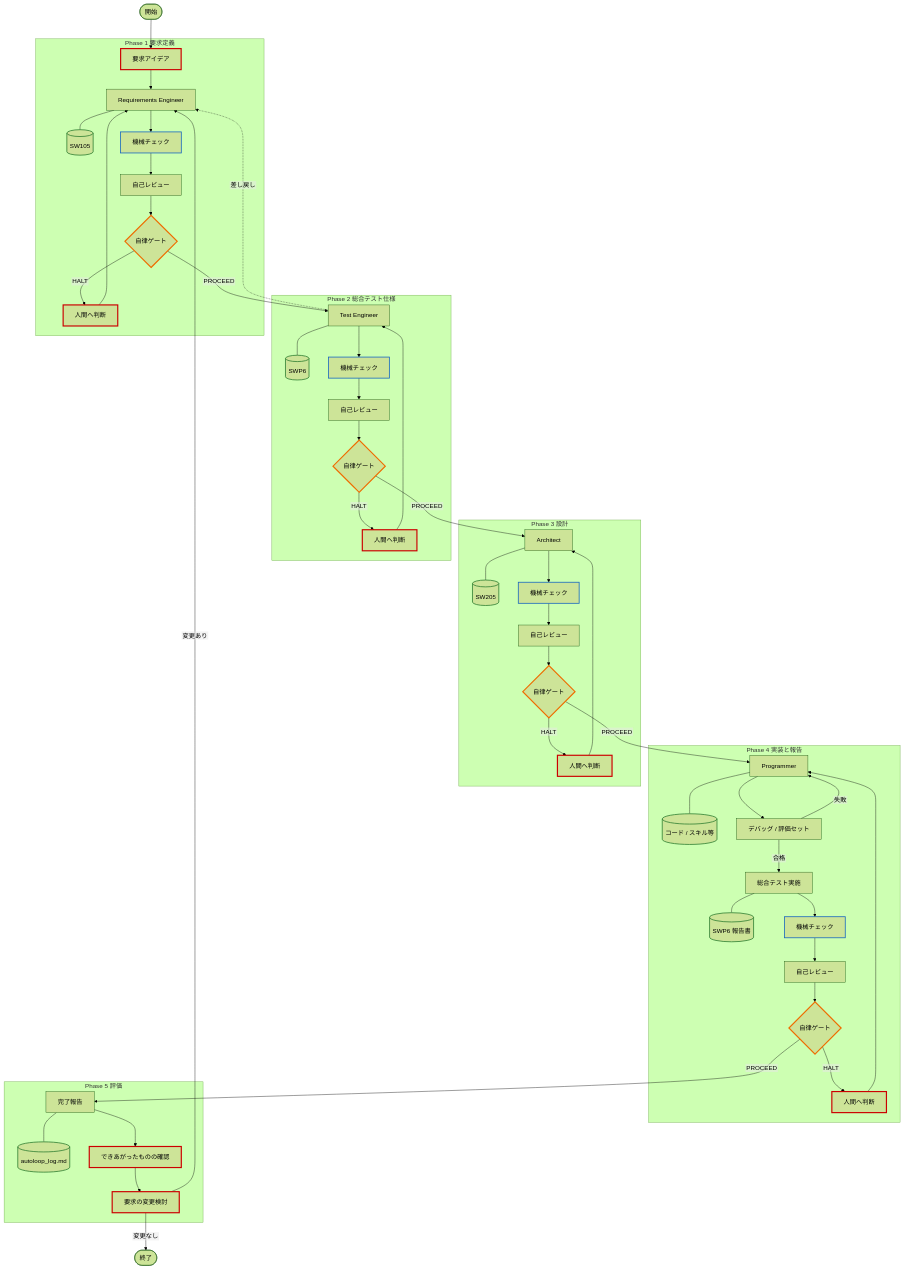
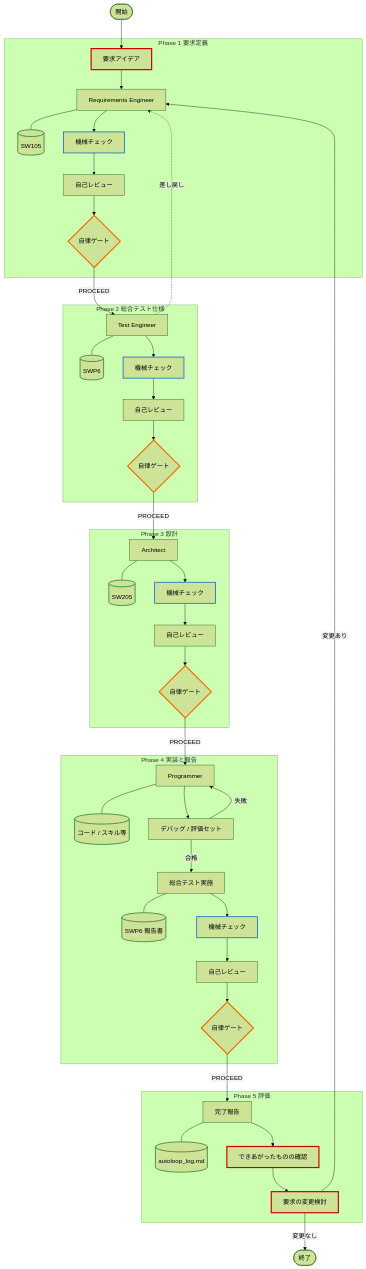
One commit to yamaPiT/DADAProcess changed the second of 6 diagrams in README.md. Above: the diagram before and after it, drawn with Mermaid (forest theme). The commit also changed other lines of this file, not shown here.

Commit message:
docs: update project documentation in README.md

````diff
--- a/README.md
+++ b/README.md
@@ -560,69 +560,61 @@
 ```mermaid
 %%{init: {"flowchart": {"htmlLabels": false, "wrappingWidth": 999}}}%%
 graph TD
     Start(["開始"]) --> UserReq["要求アイデア"]
 
     subgraph P1 ["Phase 1 要求定義"]
         UserReq --> Req["Requirements Engineer"]
         Req --- ReqDoc[("SW105")]
         Req --> ReqChk["機械チェック"]
         ReqChk --> ReqRev["自己レビュー"]
         ReqRev --> Gate1{"自律ゲート"}
-        Gate1 -->|HALT| Halt1["人間へ判断"]
-        Halt1 --> Req
     end
 
     subgraph P2 ["Phase 2 総合テスト仕様"]
         Gate1 -->|PROCEED| TestPlan["Test Engineer"]
         TestPlan --- TestDoc[("SWP6")]
         TestPlan --> TestChk["機械チェック"]
         TestChk --> TestRev["自己レビュー"]
         TestRev --> Gate2{"自律ゲート"}
-        Gate2 -->|HALT| Halt2["人間へ判断"]
-        Halt2 --> TestPlan
     end
     TestPlan -.->|差し戻し| Req
 
     subgraph P3 ["Phase 3 設計"]
         Gate2 -->|PROCEED| Arch["Architect"]
         Arch --- ArchDoc[("SW205")]
         Arch --> ArchChk["機械チェック"]
         ArchChk --> ArchRev["自己レビュー"]
         ArchRev --> Gate3{"自律ゲート"}
-        Gate3 -->|HALT| Halt3["人間へ判断"]
-        Halt3 --> Arch
     end
 
     subgraph P4 ["Phase 4 実装と報告"]
         Gate3 -->|PROCEED| Impl["Programmer"]
         Impl --- ProgDoc[("コード / スキル等")]
         Impl --> ImplLoop["デバッグ / 評価セット"]
         ImplLoop -->|失敗| Impl
         ImplLoop -->|合格| SysTest["総合テスト実施"]
         SysTest --- ReportDoc[("SWP6 報告書")]
         SysTest --> CodeChk["機械チェック"]
         CodeChk --> CodeRev["自己レビュー"]
         CodeRev --> Gate4{"自律ゲート"}
-        Gate4 -->|HALT| Halt4["人間へ判断"]
-        Halt4 --> Impl
     end
 
     subgraph P5 ["Phase 5 評価"]
         Gate4 -->|PROCEED| Report["完了報告"]
         Report --- AutoLog[("autoloop_log.md")]
         Report --> Eval1["できあがったものの確認"]
         Eval1 --> Eval2["要求の変更検討"]
     end
     Eval2 -->|変更あり| Req
     Eval2 -->|変更なし| End(["終了"])
 
     classDef human stroke:#cc0000,stroke-width:3px;
     classDef tool stroke:#1565c0,stroke-width:2px;
     classDef doc stroke:#2e7d32,stroke-width:2px;
     classDef gate stroke:#ef6c00,stroke-width:3px;
 
-    class UserReq,Halt1,Halt2,Halt3,Halt4,Eval1,Eval2 human;
+    class UserReq,Eval1,Eval2 human;
     class ReqChk,TestChk,ArchChk,CodeChk tool;
     class ReqDoc,ArchDoc,ProgDoc,TestDoc,ReportDoc,AutoLog doc;
     class Gate1,Gate2,Gate3,Gate4 gate;
 ```
````
